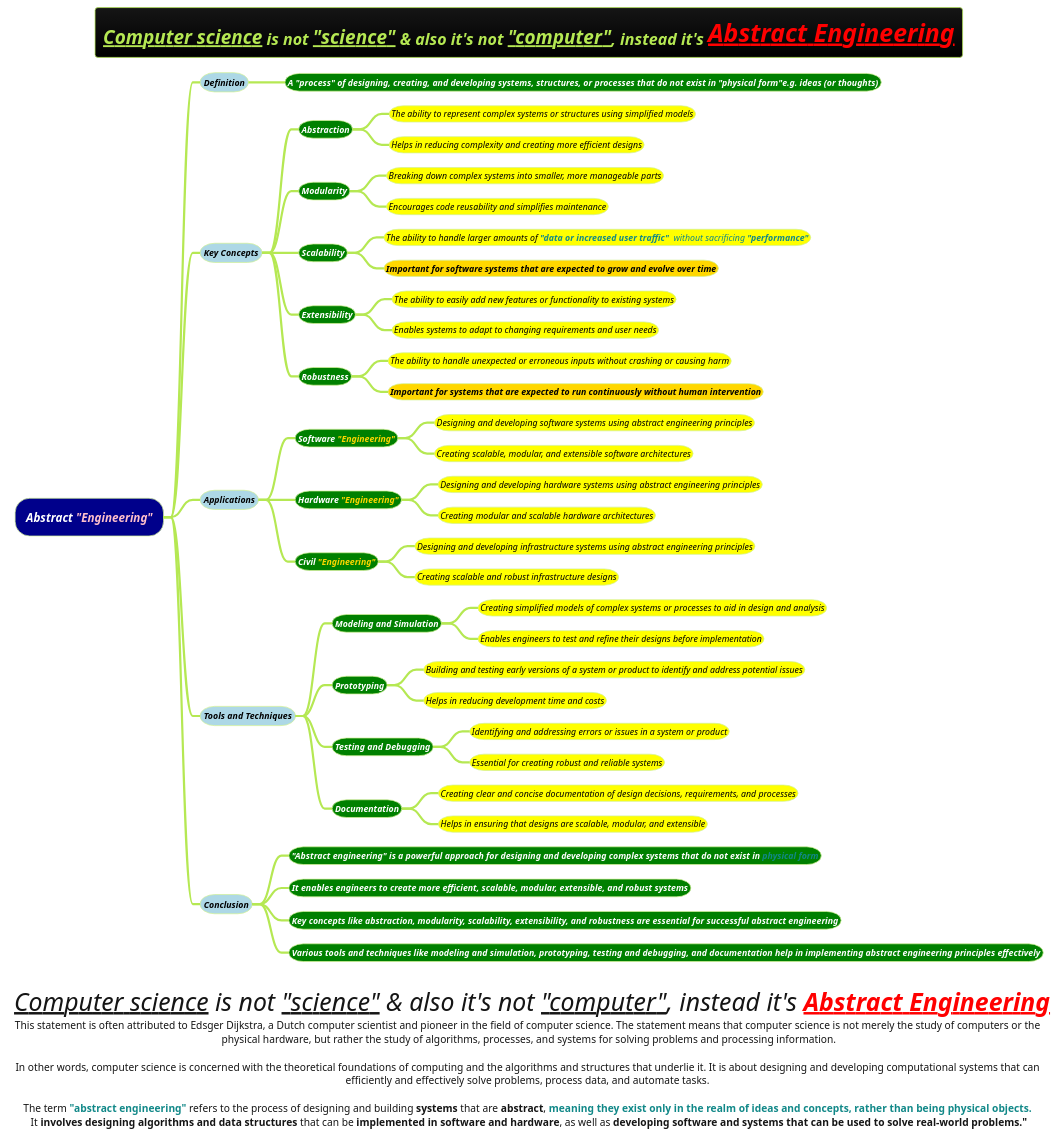
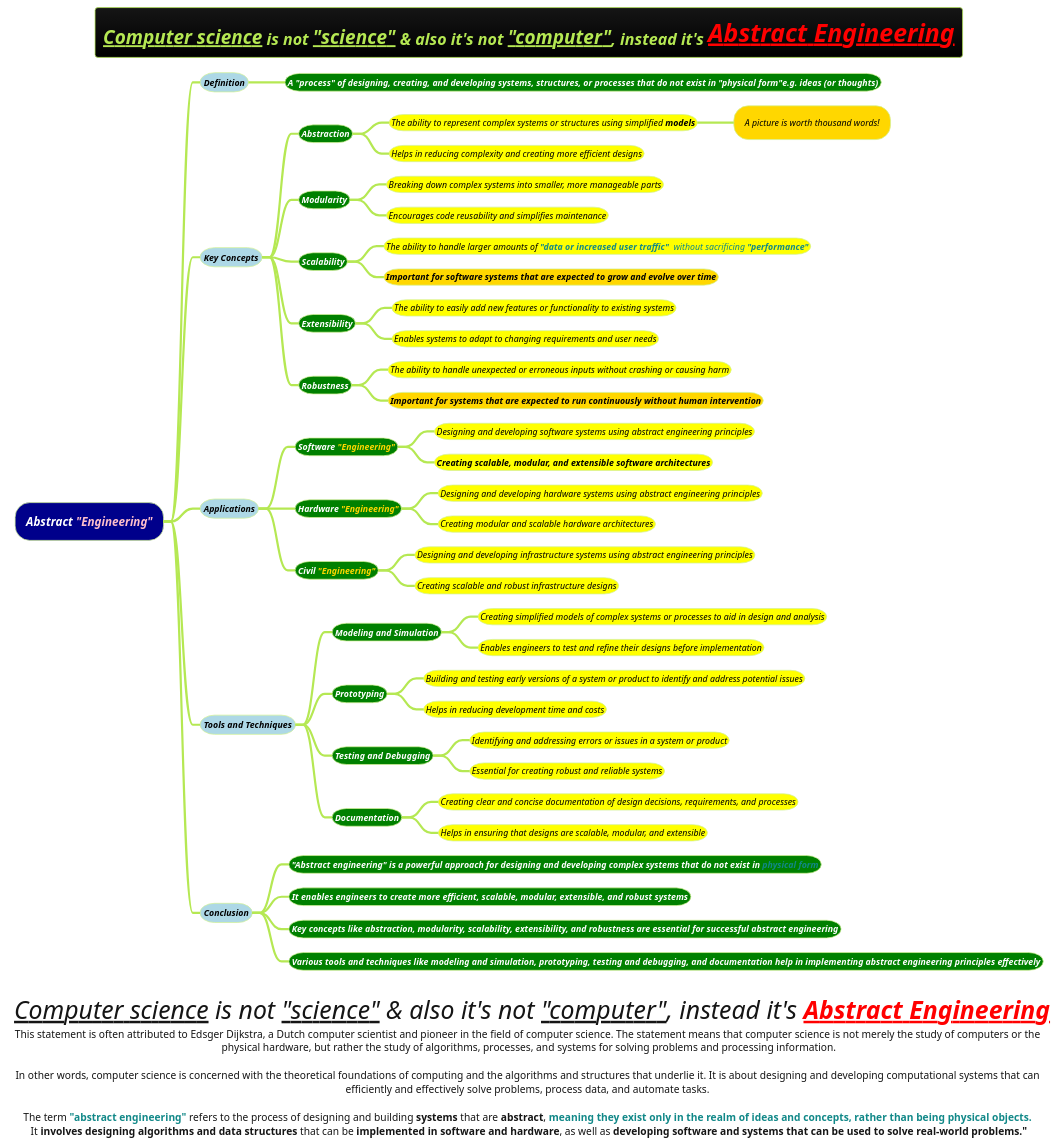
One commit to MehmoodHashmi/Documentation-as-Code-DaC changed the diagram in docs/1-Requirement-Engineering/Abstract-Engineering.puml. Above: the diagram before and after it, drawn with PlantUML. The commit also changed 4 other files, not shown here.

```diff
--- a/docs/1-Requirement-Engineering/Abstract-Engineering.puml
+++ b/docs/1-Requirement-Engineering/Abstract-Engineering.puml
@@ -1,54 +1,55 @@
 @startmindmap
 title = <i><size:18>__Computer science__ is not __"science"__ & also it's not __"computer"__, instead it's <color #red><b><u>Abstract Engineering
 caption <size:34> <i>__Computer science__ is not __"science"__ & also it's not __"computer"__, instead it's <color #red><b><u>Abstract Engineering\nThis statement is often attributed to Edsger Dijkstra, a Dutch computer scientist and pioneer in the field of computer science. The statement means that computer science is not merely the study of computers or the \nphysical hardware, but rather the study of algorithms, processes, and systems for solving problems and processing information.\n\nIn other words, computer science is concerned with the theoretical foundations of computing and the algorithms and structures that underlie it. It is about designing and developing computational systems that can \nefficiently and effectively solve problems, process data, and automate tasks. \n\nThe term <color #118888>**"abstract engineering"**</color> refers to the process of designing and building **systems** that are **abstract**, <color #118888>**meaning they exist only in the realm of ideas and concepts, rather than being physical objects.**</color> \nIt **involves designing algorithms and data structures** that can be **implemented in software and hardware**, as well as **developing software and systems that can be used to solve real-world problems."**
 !theme hacker
 
 
 *[#darkblue] <i><color #white>Abstract <color #pink>"Engineering"
 **[#lightblue] <i><color #black><size:12>Definition
 ***[#green] <b><i><color #white><size:12>A **"process"** of designing, creating, and developing systems, structures, or processes that do not exist in **"physical form"**e.g. **ideas (or thoughts)**
 **[#lightblue] <i><color #black><size:12>Key Concepts
 ***[#green] <b><i><color #white><size:12>Abstraction
-****[#yellow] <i><color #black><size:12>The ability to represent complex systems or structures using simplified models
+****[#yellow] <i><color #black><size:12>The ability to represent complex systems or structures using simplified <b>models
+*****[#gold] <i><color #black><size:12>A picture is worth thousand words!
 ****[#yellow] <i><color #black><size:12>Helps in reducing complexity and creating more efficient designs
 ***[#green] <b><i><color #white><size:12>Modularity
 ****[#yellow] <i><color #black><size:12>Breaking down complex systems into smaller, more manageable parts
 ****[#yellow] <i><color #black><size:12>Encourages code reusability and simplifies maintenance
 ***[#green] <b><i><color #white><size:12>Scalability
 ****[#yellow] <i><color #black><size:12>The ability to handle larger amounts of <color #118888>**"data or increased user traffic"**  without sacrificing **"performance"**
 ****[#gold] <i><color #black><size:12><b>Important for software systems that are expected to grow and evolve over time
 ***[#green] <b><i><color #white><size:12>Extensibility
 ****[#yellow] <i><color #black><size:12>The ability to easily add new features or functionality to existing systems
 ****[#yellow] <i><color #black><size:12>Enables systems to adapt to changing requirements and user needs
 ***[#green] <b><i><color #white><size:12>Robustness
 ****[#yellow] <i><color #black><size:12>The ability to handle unexpected or erroneous inputs without crashing or causing harm
 ****[#gold] <i><color #black><size:12><b>Important for systems that are expected to run continuously without human intervention
 **[#lightblue] <i><color #black><size:12>Applications
 ***[#green] <b><i><color #white><size:12>Software <color #gold>"Engineering"
 ****[#yellow] <i><color #black><size:12>Designing and developing software systems using abstract engineering principles
-****[#yellow] <i><color #black><size:12>Creating scalable, modular, and extensible software architectures
+****[#yellow] <i><color #black><size:12><b>Creating scalable, modular, and extensible software architectures
 ***[#green] <b><i><color #white><size:12>Hardware <color #gold>"Engineering"
 ****[#yellow] <i><color #black><size:12>Designing and developing hardware systems using abstract engineering principles
 ****[#yellow] <i><color #black><size:12>Creating modular and scalable hardware architectures
 ***[#green] <b><i><color #white><size:12>Civil <color #gold>"Engineering"
 ****[#yellow] <i><color #black><size:12>Designing and developing infrastructure systems using abstract engineering principles
 ****[#yellow] <i><color #black><size:12>Creating scalable and robust infrastructure designs
 **[#lightblue] <i><color #black><size:12>Tools and Techniques
 ***[#green] <b><i><color #white><size:12>Modeling and Simulation
 ****[#yellow] <i><color #black><size:12>Creating simplified models of complex systems or processes to aid in design and analysis
 ****[#yellow] <i><color #black><size:12>Enables engineers to test and refine their designs before implementation
 ***[#green] <b><i><color #white><size:12>Prototyping
 ****[#yellow] <i><color #black><size:12>Building and testing early versions of a system or product to identify and address potential issues
 ****[#yellow] <i><color #black><size:12>Helps in reducing development time and costs
 ***[#green] <b><i><color #white><size:12>Testing and Debugging
 ****[#yellow] <i><color #black><size:12>Identifying and addressing errors or issues in a system or product
 ****[#yellow] <i><color #black><size:12>Essential for creating robust and reliable systems
 ***[#green] <b><i><color #white><size:12>Documentation
 ****[#yellow] <i><color #black><size:12>Creating clear and concise documentation of design decisions, requirements, and processes
 ****[#yellow] <i><color #black><size:12>Helps in ensuring that designs are scalable, modular, and extensible
 **[#lightblue] <i><color #black><size:12>Conclusion
 ***[#green] <b><i><color #white><size:12>**"Abstract engineering"** is a powerful approach for designing and developing **complex systems that do not exist in** <color #118888>**physical form**</color>
 ***[#green] <b><i><color #white><size:12>It enables engineers to create more efficient, scalable, modular, extensible, and robust systems
 ***[#green] <b><i><color #white><size:12>Key concepts like abstraction, modularity, scalability, extensibility, and robustness are essential for successful abstract engineering
 ***[#green] <b><i><color #white><size:12>Various tools and techniques like modeling and simulation, prototyping, testing and debugging, and documentation help in implementing abstract engineering principles effectively
 @endmindmap
```
